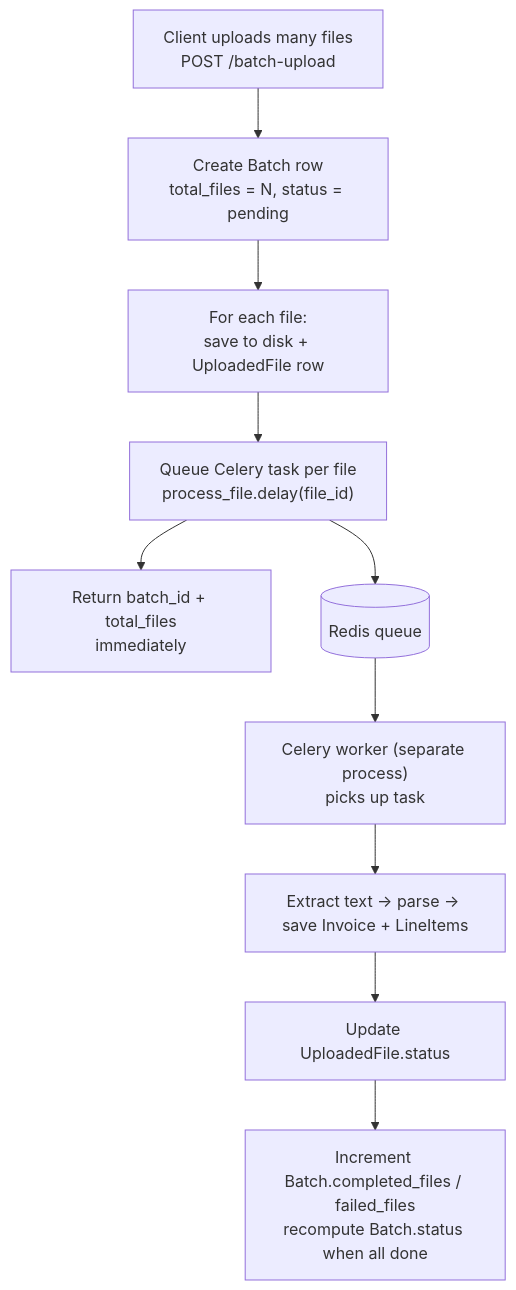
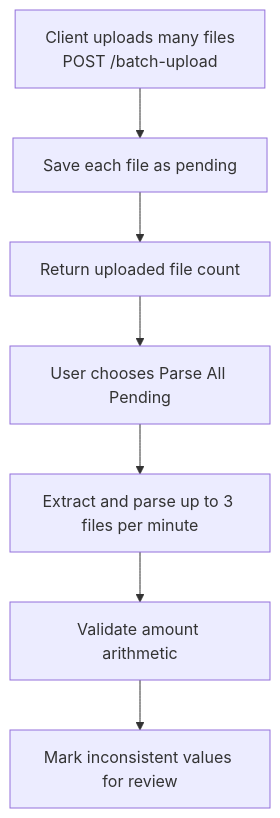
The second of 2 diagrams in README.md (ChaitanyMishra/invoice-receipt-parser), drawn with Mermaid before and after one commit. The commit also changed other lines of this file and 9 other files, not shown here.

````diff
--- a/README.md
+++ b/README.md
@@ -86,12 +112,9 @@
 ```mermaid
 flowchart TD
-    A["Client uploads many files<br/>POST /batch-upload"] --> B["Create Batch row<br/>total_files = N, status = pending"]
-    B --> C["For each file:<br/>save to disk + UploadedFile row"]
-    C --> D["Queue Celery task per file<br/>process_file.delay(file_id)"]
-    D --> E["Return batch_id + total_files<br/>immediately"]
-    D --> R[("Redis queue")]
-    R --> W["Celery worker (separate process)<br/>picks up task"]
-    W --> X["Extract text → parse → save Invoice + LineItems"]
-    X --> Y["Update UploadedFile.status"]
-    Y --> Z["Increment Batch.completed_files / failed_files<br/>recompute Batch.status when all done"]
+    A["Client uploads many files<br/>POST /batch-upload"] --> B["Save each file as pending"]
+    B --> C["Return uploaded file count"]
+    C --> D["User chooses Parse All Pending"]
+    D --> E["Extract and parse up to 3 files per minute"]
+    E --> F["Validate amount arithmetic"]
+    F --> G["Mark inconsistent values for review"]
 ```
````
